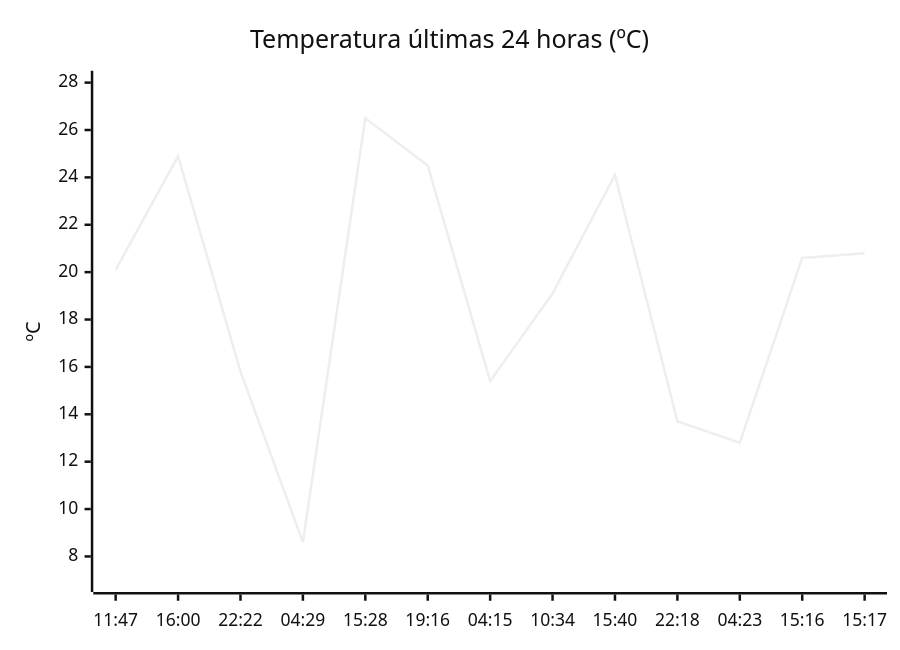
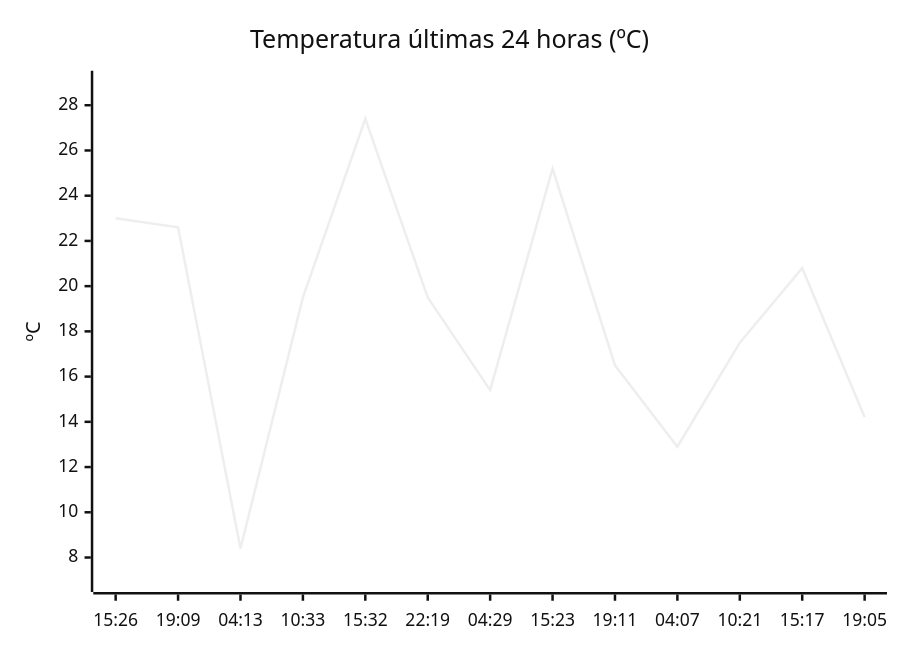
The diagram in README.md (solidsnk86/rem-scrap), drawn with Mermaid (neutral theme) before and after one commit. The commit also changed other lines of this file, not shown here.

````diff
--- a/README.md
+++ b/README.md
@@ -32,7 +32,7 @@
 ```mermaid
 xychart-beta
     title "Temperatura últimas 24 horas (ºC)"
-    x-axis ["11:47", "16:00", "22:22", "04:29", "15:28", "19:16", "04:15", "10:34", "15:40", "22:18", "04:23", "15:16", "15:17"]
-    y-axis "ºC" 7 --> 28
-    line [20.1, 24.9, 15.8, 8.6, 26.5, 24.5, 15.4, 19.1, 24.1, 13.7, 12.8, 20.6, 20.8]
+    x-axis ["15:26", "19:09", "04:13", "10:33", "15:32", "22:19", "04:29", "15:23", "19:11", "04:07", "10:21", "15:17", "19:05"]
+    y-axis "ºC" 7 --> 29
+    line [23, 22.6, 8.4, 19.5, 27.4, 19.5, 15.4, 25.2, 16.5, 12.9, 17.5, 20.8, 14.2]
 ```
````
